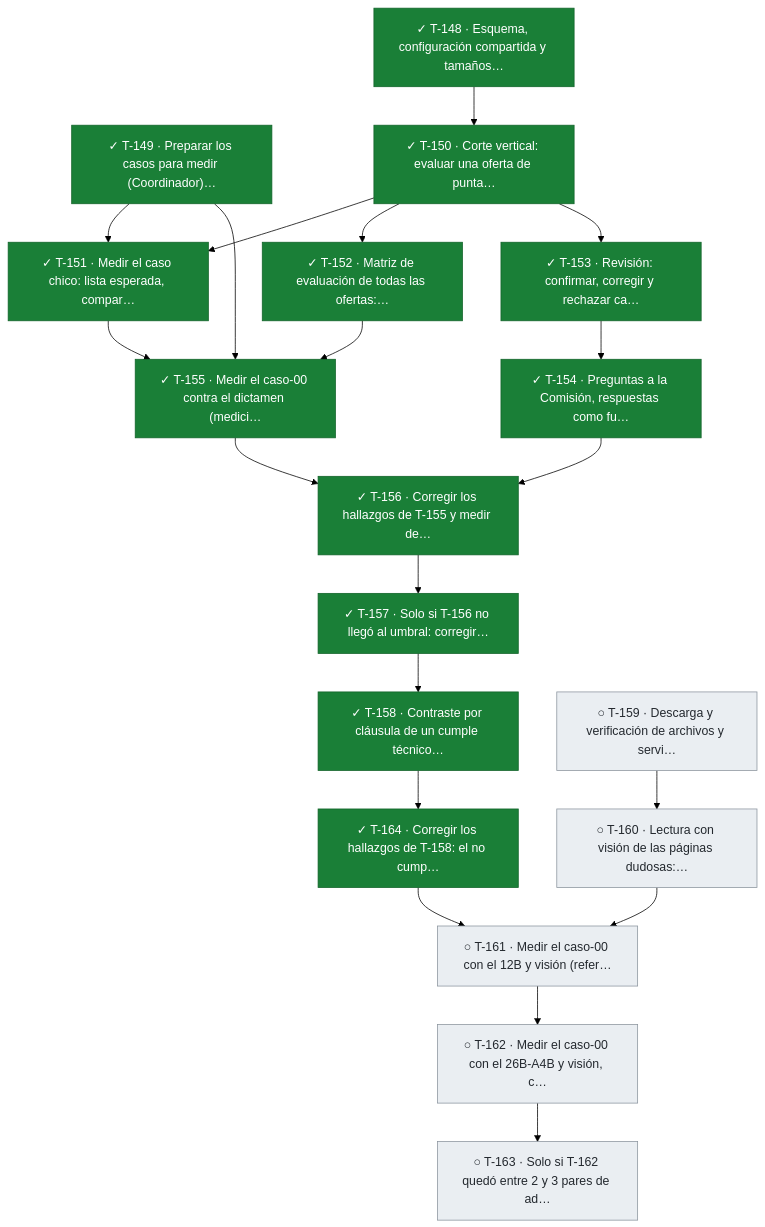
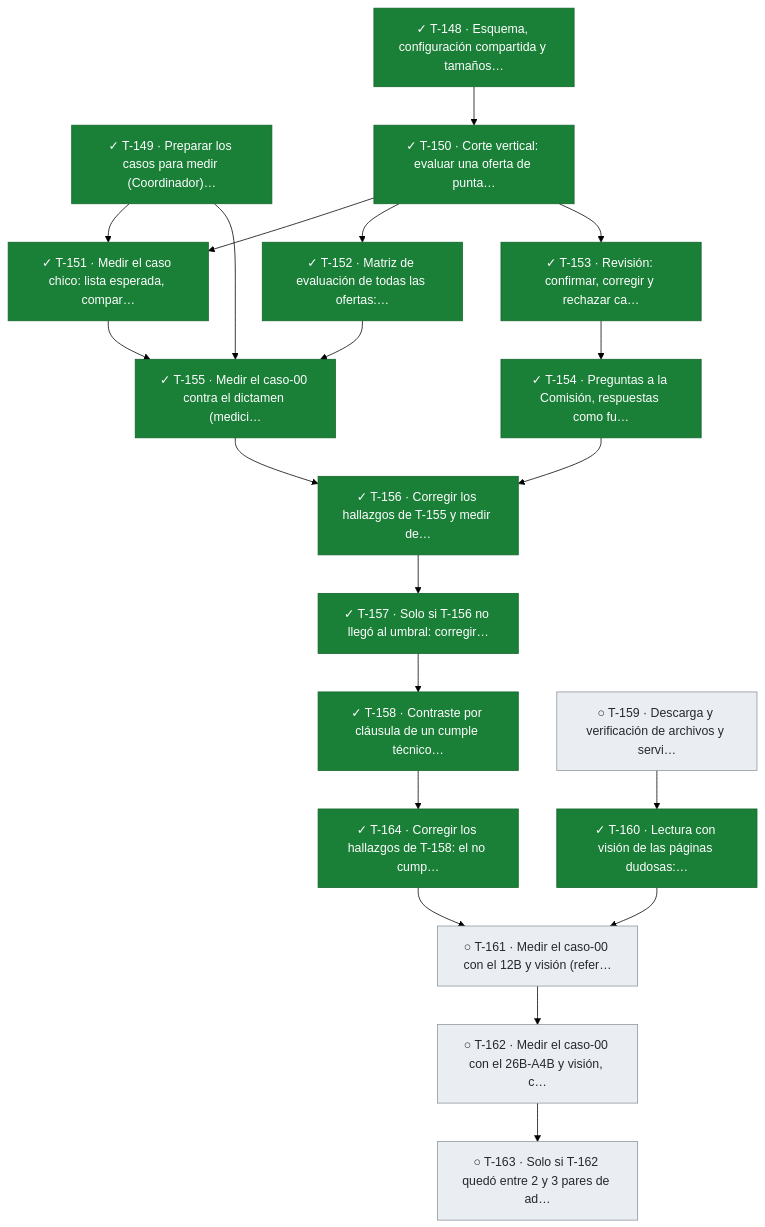
One commit to snavello/EVALUON changed the seventh of 11 diagrams in docs/tablero.md. Above: the diagram before and after it, drawn with Mermaid (forest theme). The commit also changed other lines of this file and 1 other file, not shown here.

````diff
--- a/docs/tablero.md
+++ b/docs/tablero.md
@@ -692,44 +692,44 @@
 ```mermaid
 flowchart TD
   T148["✓ T-148 · Esquema, configuración compartida y tamaños…"]:::done
   T149["✓ T-149 · Preparar los casos para medir (Coordinador)…"]:::done
   T150["✓ T-150 · Corte vertical: evaluar una oferta de punta…"]:::done
   T151["✓ T-151 · Medir el caso chico: lista esperada, compar…"]:::done
   T152["✓ T-152 · Matriz de evaluación de todas las ofertas:…"]:::done
   T153["✓ T-153 · Revisión: confirmar, corregir y rechazar ca…"]:::done
   T154["✓ T-154 · Preguntas a la Comisión, respuestas como fu…"]:::done
   T155["✓ T-155 · Medir el caso-00 contra el dictamen (medici…"]:::done
   T156["✓ T-156 · Corregir los hallazgos de T-155 y medir de…"]:::done
   T157["✓ T-157 · Solo si T-156 no llegó al umbral: corregir…"]:::done
   T158["✓ T-158 · Contraste por cláusula de un cumple técnico…"]:::done
   T164["✓ T-164 · Corregir los hallazgos de T-158: el no cump…"]:::done
   T159["○ T-159 · Descarga y verificación de archivos y servi…"]:::todo
-  T160["○ T-160 · Lectura con visión de las páginas dudosas:…"]:::todo
+  T160["✓ T-160 · Lectura con visión de las páginas dudosas:…"]:::done
   T161["○ T-161 · Medir el caso-00 con el 12B y visión (refer…"]:::todo
   T162["○ T-162 · Medir el caso-00 con el 26B-A4B y visión, c…"]:::todo
   T163["○ T-163 · Solo si T-162 quedó entre 2 y 3 pares de ad…"]:::todo
   T148 --> T150
   T149 --> T151
   T150 --> T151
   T150 --> T152
   T150 --> T153
   T153 --> T154
   T149 --> T155
   T151 --> T155
   T152 --> T155
   T154 --> T156
   T155 --> T156
   T156 --> T157
   T157 --> T158
   T158 --> T164
   T159 --> T160
   T160 --> T161
   T164 --> T161
   T161 --> T162
   T162 --> T163
   classDef done fill:#1a7f37,stroke:#116329,color:#ffffff
   classDef review fill:#0969da,stroke:#0550ae,color:#ffffff
   classDef active fill:#bf8700,stroke:#7d4e00,color:#ffffff
   classDef blocked fill:#cf222e,stroke:#a40e26,color:#ffffff
   classDef todo fill:#eaeef2,stroke:#8c959f,color:#24292f
 ```
````
